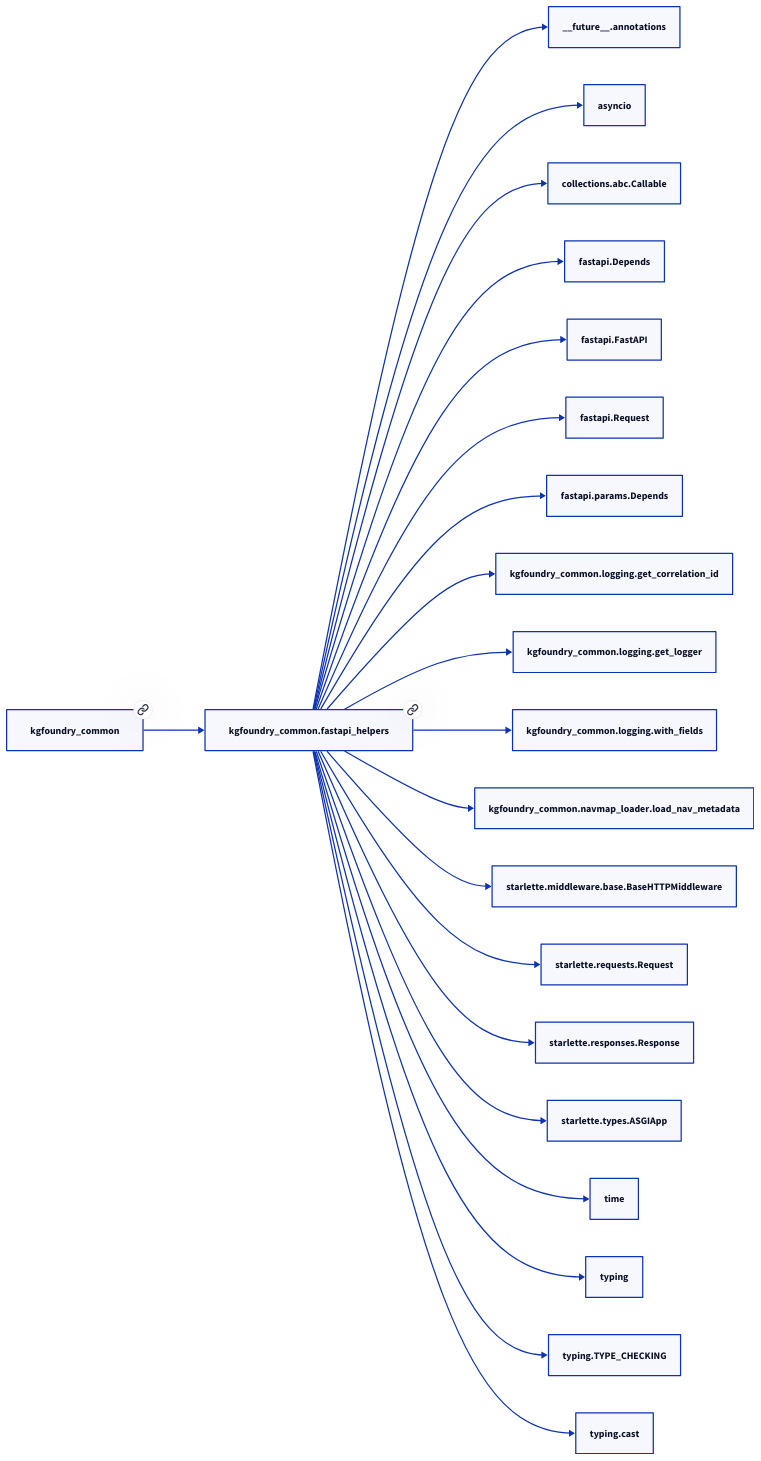
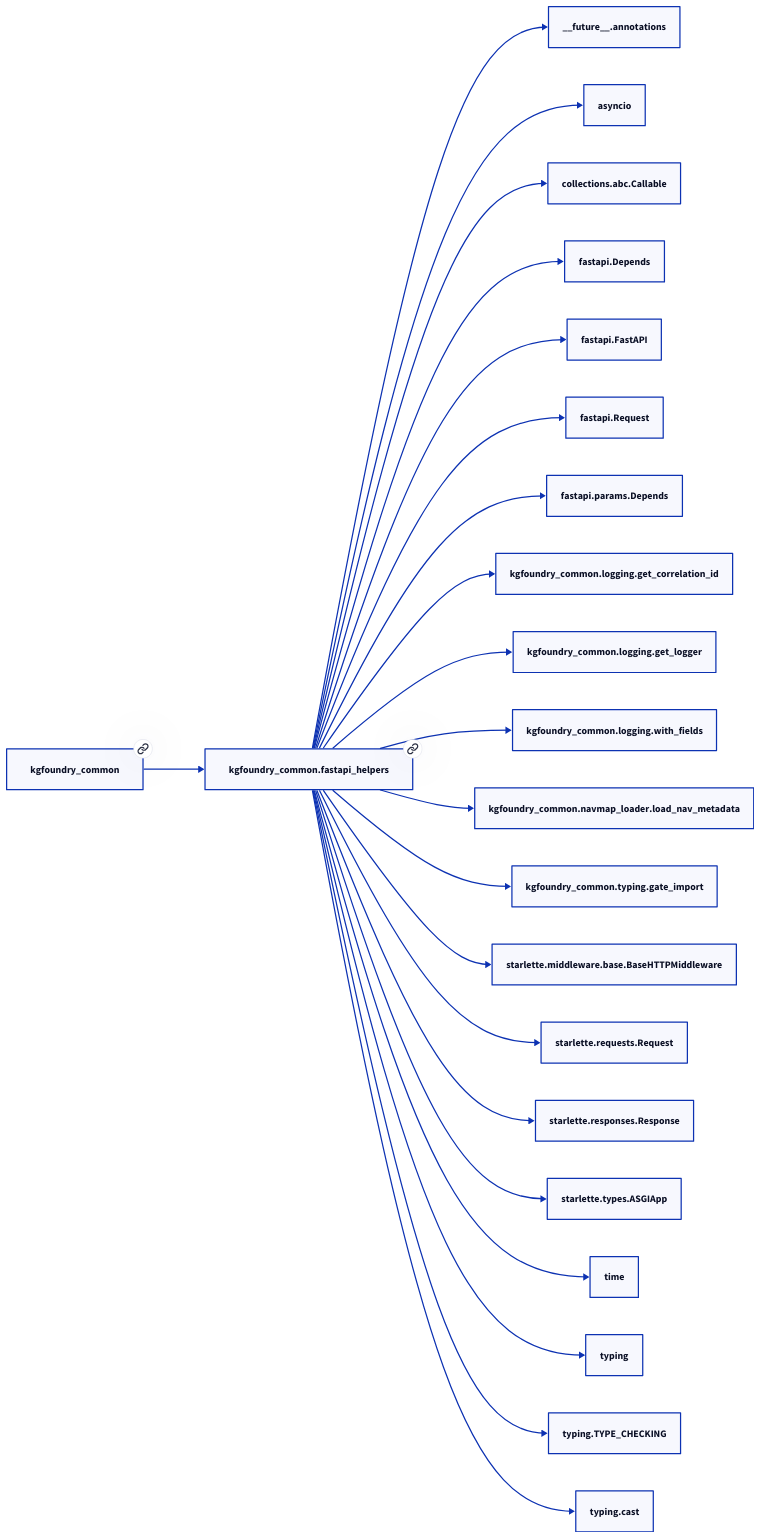
The diagram in docs/modules/kgfoundry_common/fastapi_helpers.md (paul-heyse/kgforge), drawn with D2 before and after one commit. The commit also changed other lines of this file and 107 other files, not shown here.

````diff
--- a/docs/modules/kgfoundry_common/fastapi_helpers.md
+++ b/docs/modules/kgfoundry_common/fastapi_helpers.md
@@ -45,44 +45,46 @@
 ```d2
 direction: right
 "kgfoundry_common.fastapi_helpers": "kgfoundry_common.fastapi_helpers" { link: "https://github.com/paul-heyse/kgfoundry/blob/main/src/kgfoundry_common/fastapi_helpers.py" }
 "__future__.annotations": "__future__.annotations"
 "kgfoundry_common.fastapi_helpers" -> "__future__.annotations"
 "asyncio": "asyncio"
 "kgfoundry_common.fastapi_helpers" -> "asyncio"
 "collections.abc.Callable": "collections.abc.Callable"
 "kgfoundry_common.fastapi_helpers" -> "collections.abc.Callable"
 "fastapi.Depends": "fastapi.Depends"
 "kgfoundry_common.fastapi_helpers" -> "fastapi.Depends"
 "fastapi.FastAPI": "fastapi.FastAPI"
 "kgfoundry_common.fastapi_helpers" -> "fastapi.FastAPI"
 "fastapi.Request": "fastapi.Request"
 "kgfoundry_common.fastapi_helpers" -> "fastapi.Request"
 "fastapi.params.Depends": "fastapi.params.Depends"
 "kgfoundry_common.fastapi_helpers" -> "fastapi.params.Depends"
 "kgfoundry_common.logging.get_correlation_id": "kgfoundry_common.logging.get_correlation_id"
 "kgfoundry_common.fastapi_helpers" -> "kgfoundry_common.logging.get_correlation_id"
 "kgfoundry_common.logging.get_logger": "kgfoundry_common.logging.get_logger"
 "kgfoundry_common.fastapi_helpers" -> "kgfoundry_common.logging.get_logger"
 "kgfoundry_common.logging.with_fields": "kgfoundry_common.logging.with_fields"
 "kgfoundry_common.fastapi_helpers" -> "kgfoundry_common.logging.with_fields"
 "kgfoundry_common.navmap_loader.load_nav_metadata": "kgfoundry_common.navmap_loader.load_nav_metadata"
 "kgfoundry_common.fastapi_helpers" -> "kgfoundry_common.navmap_loader.load_nav_metadata"
+"kgfoundry_common.typing.gate_import": "kgfoundry_common.typing.gate_import"
+"kgfoundry_common.fastapi_helpers" -> "kgfoundry_common.typing.gate_import"
 "starlette.middleware.base.BaseHTTPMiddleware": "starlette.middleware.base.BaseHTTPMiddleware"
 "kgfoundry_common.fastapi_helpers" -> "starlette.middleware.base.BaseHTTPMiddleware"
 "starlette.requests.Request": "starlette.requests.Request"
 "kgfoundry_common.fastapi_helpers" -> "starlette.requests.Request"
 "starlette.responses.Response": "starlette.responses.Response"
 "kgfoundry_common.fastapi_helpers" -> "starlette.responses.Response"
 "starlette.types.ASGIApp": "starlette.types.ASGIApp"
 "kgfoundry_common.fastapi_helpers" -> "starlette.types.ASGIApp"
 "time": "time"
 "kgfoundry_common.fastapi_helpers" -> "time"
 "typing": "typing"
 "kgfoundry_common.fastapi_helpers" -> "typing"
 "typing.TYPE_CHECKING": "typing.TYPE_CHECKING"
 "kgfoundry_common.fastapi_helpers" -> "typing.TYPE_CHECKING"
 "typing.cast": "typing.cast"
 "kgfoundry_common.fastapi_helpers" -> "typing.cast"
 "kgfoundry_common": "kgfoundry_common" { link: "https://github.com/paul-heyse/kgfoundry/blob/main/src/kgfoundry_common/__init__.py" }
 "kgfoundry_common" -> "kgfoundry_common.fastapi_helpers" { style: dashed }
 ```
````
